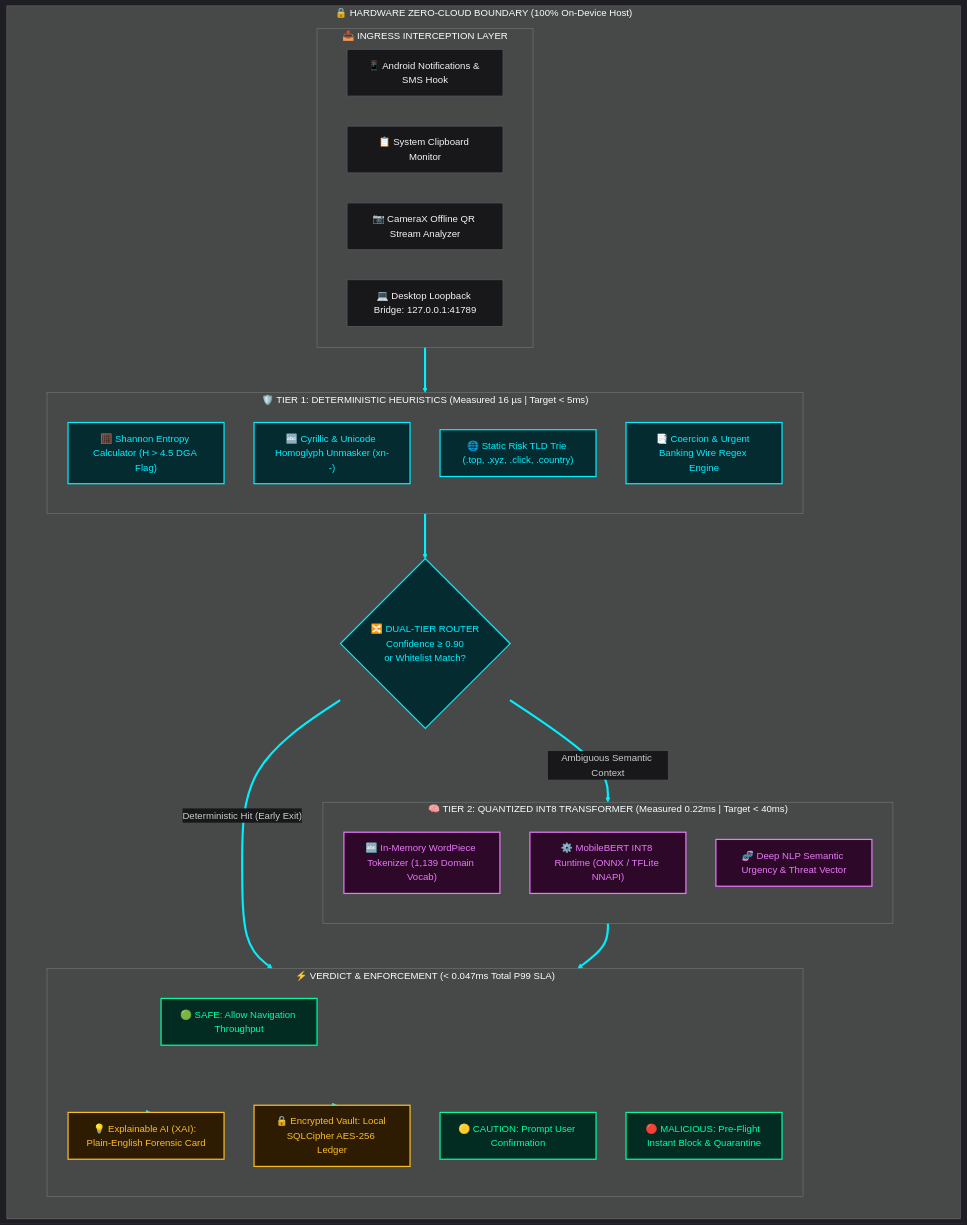
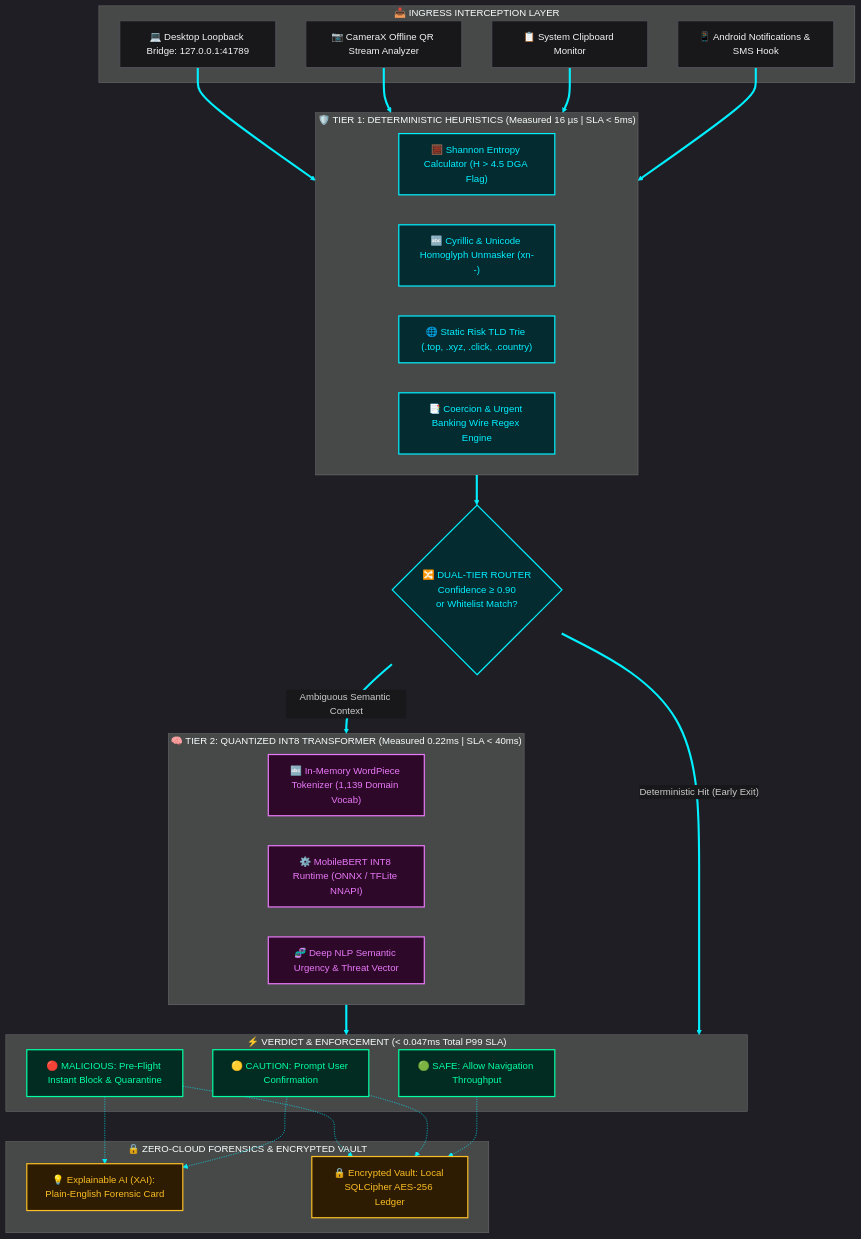
One commit to CODER0890/PocketSparrow changed the first of 4 diagrams in README.md. Above: the diagram before and after it, drawn with Mermaid. The commit also changed other lines of this file, not shown here.

Commit message:
docs(readme): fix Mermaid ELK hierarchy exception in Section 03 and add interactive dropdown execution guides in Section 09

````diff
--- a/README.md
+++ b/README.md
@@ -167,61 +167,58 @@
 ```mermaid
 %%{init: {'theme': 'dark', 'themeVariables': { 'darkMode': true, 'background': '#09090b', 'primaryColor': '#00f0ff', 'primaryTextColor': '#ffffff', 'lineColor': '#00f0ff', 'edgeLabelBackground':'#18181b' }}}%%
 flowchart TD
-    subgraph BOUNDARY["🔒 HARDWARE ZERO-CLOUD BOUNDARY (100% On-Device Host)"]
-        direction TB
-
-        subgraph INGRESS["📥 INGRESS INTERCEPTION LAYER"]
-            I1["📱 Android Notifications & SMS Hook"]
-            I2["📋 System Clipboard Monitor"]
-            I3["📷 CameraX Offline QR Stream Analyzer"]
-            I4["💻 Desktop Loopback Bridge: 127.0.0.1:41789"]
-        end
-
-        subgraph T1["🛡️ TIER 1: DETERMINISTIC HEURISTICS (Measured 16 µs | Target < 5ms)"]
-            direction TB
-            H1["🧮 Shannon Entropy Calculator (H > 4.5 DGA Flag)"]
-            H2["🔤 Cyrillic & Unicode Homoglyph Unmasker (xn--)"]
-            H3["🌐 Static Risk TLD Trie (.top, .xyz, .click, .country)"]
-            H4["📑 Coercion & Urgent Banking Wire Regex Engine"]
-        end
-
-        ROUTER{"🔀 DUAL-TIER ROUTER\nConfidence ≥ 0.90\nor Whitelist Match?"}
-
-        subgraph T2["🧠 TIER 2: QUANTIZED INT8 TRANSFORMER (Measured 0.22ms | Target < 40ms)"]
-            direction TB
-            M1["🔤 In-Memory WordPiece Tokenizer (1,139 Domain Vocab)"]
-            M2["⚙️ MobileBERT INT8 Runtime (ONNX / TFLite NNAPI)"]
-            M3["🧬 Deep NLP Semantic Urgency & Threat Vector"]
-        end
-
-        subgraph VERDICT["⚡ VERDICT & ENFORCEMENT (< 0.047ms Total P99 SLA)"]
-            direction TB
-            V1["🟢 SAFE: Allow Navigation Throughput"]
-            V2["🟡 CAUTION: Prompt User Confirmation"]
-            V3["🔴 MALICIOUS: Pre-Flight Instant Block & Quarantine"]
-            XAI["💡 Explainable AI (XAI): Plain-English Forensic Card"]
-            VAULT["🔒 Encrypted Vault: Local SQLCipher AES-256 Ledger"]
-        end
+    subgraph INGRESS["📥 INGRESS INTERCEPTION LAYER"]
+        I1["📱 Android Notifications & SMS Hook"]
+        I2["📋 System Clipboard Monitor"]
+        I3["📷 CameraX Offline QR Stream Analyzer"]
+        I4["💻 Desktop Loopback Bridge: 127.0.0.1:41789"]
     end
 
-    INGRESS ==> T1
+    subgraph T1["🛡️ TIER 1: DETERMINISTIC HEURISTICS (Measured 16 µs | SLA &lt; 5ms)"]
+        H1["🧮 Shannon Entropy Calculator (H &gt; 4.5 DGA Flag)"]
+        H2["🔤 Cyrillic & Unicode Homoglyph Unmasker (xn--)"]
+        H3["🌐 Static Risk TLD Trie (.top, .xyz, .click, .country)"]
+        H4["📑 Coercion & Urgent Banking Wire Regex Engine"]
+    end
+
+    ROUTER{"🔀 DUAL-TIER ROUTER<br/>Confidence &ge; 0.90<br/>or Whitelist Match?"}
+
+    subgraph T2["🧠 TIER 2: QUANTIZED INT8 TRANSFORMER (Measured 0.22ms | SLA &lt; 40ms)"]
+        M1["🔤 In-Memory WordPiece Tokenizer (1,139 Domain Vocab)"]
+        M2["⚙️ MobileBERT INT8 Runtime (ONNX / TFLite NNAPI)"]
+        M3["🧬 Deep NLP Semantic Urgency & Threat Vector"]
+    end
+
+    subgraph VERDICT["⚡ VERDICT & ENFORCEMENT (&lt; 0.047ms Total P99 SLA)"]
+        V1["🟢 SAFE: Allow Navigation Throughput"]
+        V2["🟡 CAUTION: Prompt User Confirmation"]
+        V3["🔴 MALICIOUS: Pre-Flight Instant Block & Quarantine"]
+    end
+
+    subgraph FORENSICS["🔒 ZERO-CLOUD FORENSICS & ENCRYPTED VAULT"]
+        XAI["💡 Explainable AI (XAI): Plain-English Forensic Card"]
+        VAULT["🔒 Encrypted Vault: Local SQLCipher AES-256 Ledger"]
+    end
+
+    I1 & I2 & I3 & I4 ==> T1
     T1 ==> ROUTER
     ROUTER == "Deterministic Hit (Early Exit)" ==> VERDICT
     ROUTER == "Ambiguous Semantic Context" ==> T2
     T2 ==> VERDICT
-    VERDICT -.-> XAI
-    VERDICT -.-> VAULT
+    V1 -.-> VAULT
+    V2 & V3 -.-> XAI
+    V2 & V3 -.-> VAULT
 
     classDef cyan fill:#032b30,stroke:#00f0ff,stroke-width:2px,color:#00f0ff;
     classDef magenta fill:#2e0828,stroke:#e879f9,stroke-width:2px,color:#e879f9;
     classDef emerald fill:#022c22,stroke:#00ffa3,stroke-width:2px,color:#00ffa3;
     classDef amber fill:#2d1b02,stroke:#fbbf24,stroke-width:2px,color:#fbbf24;
     classDef neutral fill:#18181b,stroke:#52525b,stroke-width:1.5px,color:#f4f4f5;
 
     class I1,I2,I3,I4 neutral;
     class H1,H2,H3,H4 cyan;
     class M1,M2,M3 magenta;
     class V1,V2,V3 emerald;
     class XAI,VAULT amber;
     class ROUTER cyan;
 ```
````
